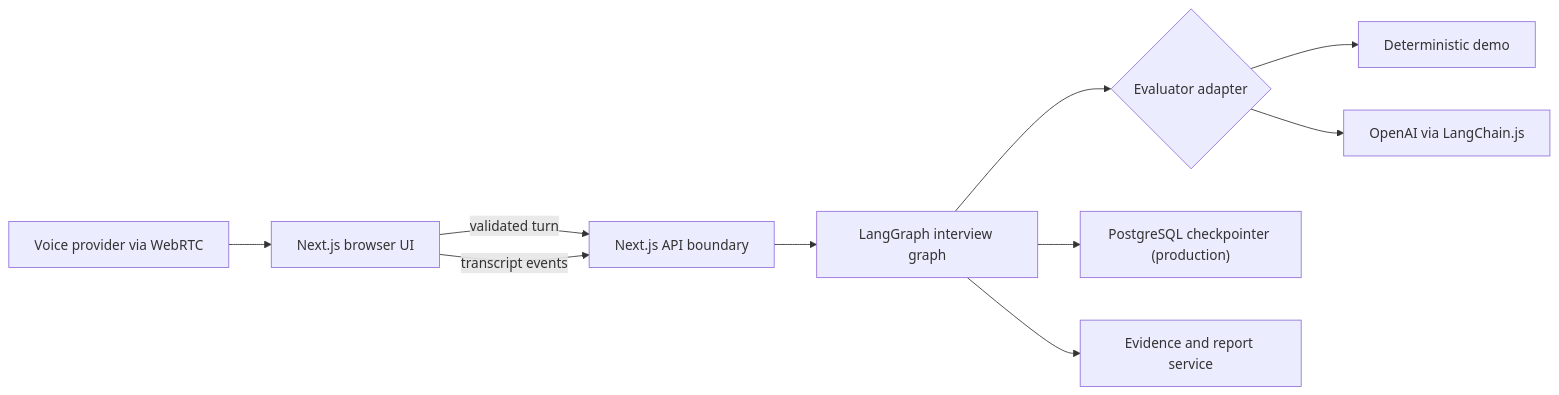
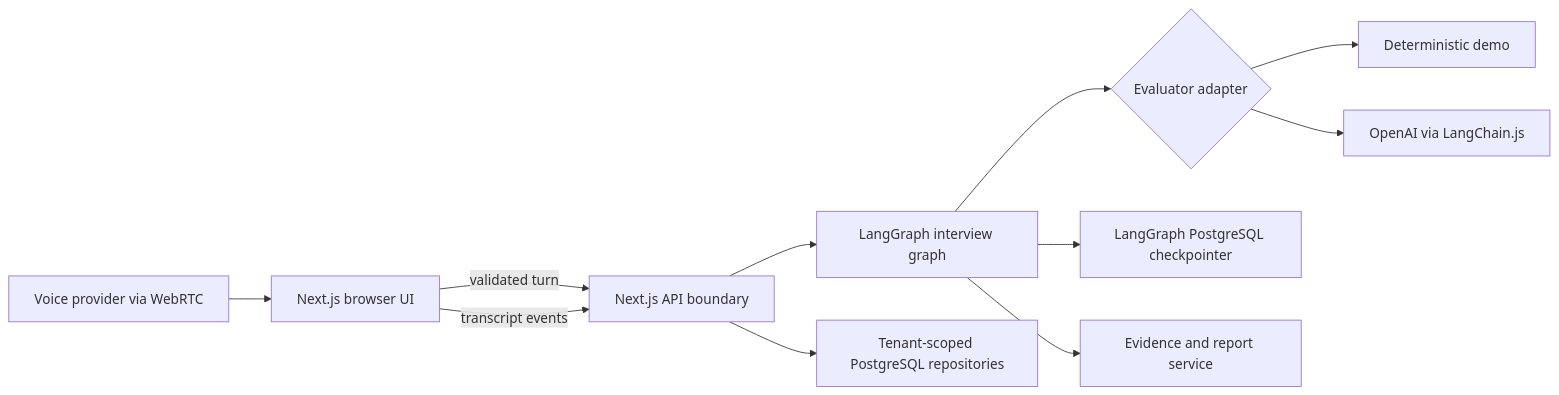
One commit to vins13pattar/ai-interview-coach changed the first of 2 diagrams in docs/ARCHITECTURE.md. Above: the diagram before and after it, drawn with Mermaid. The commit also changed other lines of this file and 44 other files, not shown here.

Commit message:
feat: deliver durable interview roadmap (#1)

````diff
--- a/docs/ARCHITECTURE.md
+++ b/docs/ARCHITECTURE.md
@@ -8,12 +8,13 @@
 ```mermaid
 flowchart LR
     B["Next.js browser UI"] -->|"validated turn"| API["Next.js API boundary"]
     API --> G["LangGraph interview graph"]
     G --> E{"Evaluator adapter"}
     E --> D["Deterministic demo"]
     E --> O["OpenAI via LangChain.js"]
-    G --> P["PostgreSQL checkpointer (production)"]
+    G --> P["LangGraph PostgreSQL checkpointer"]
+    API --> DB["Tenant-scoped PostgreSQL repositories"]
     G --> R["Evidence and report service"]
     V["Voice provider via WebRTC"] --> B
     B -->|"transcript events"| API
 ```
````
